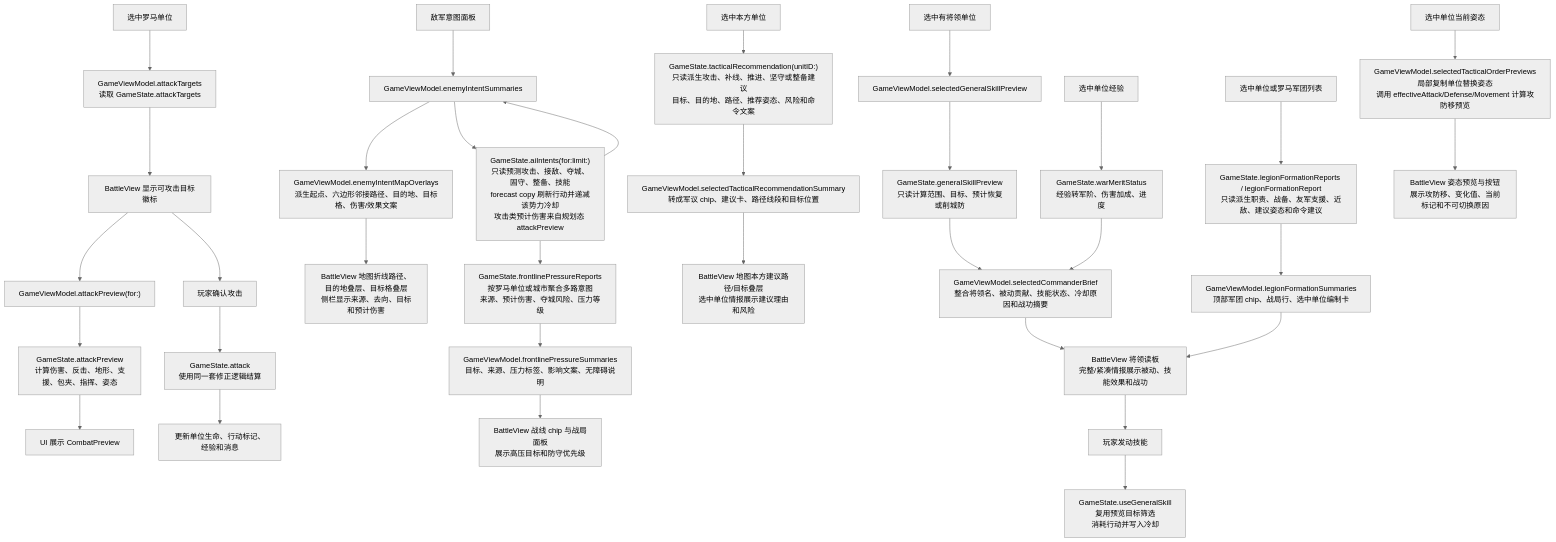
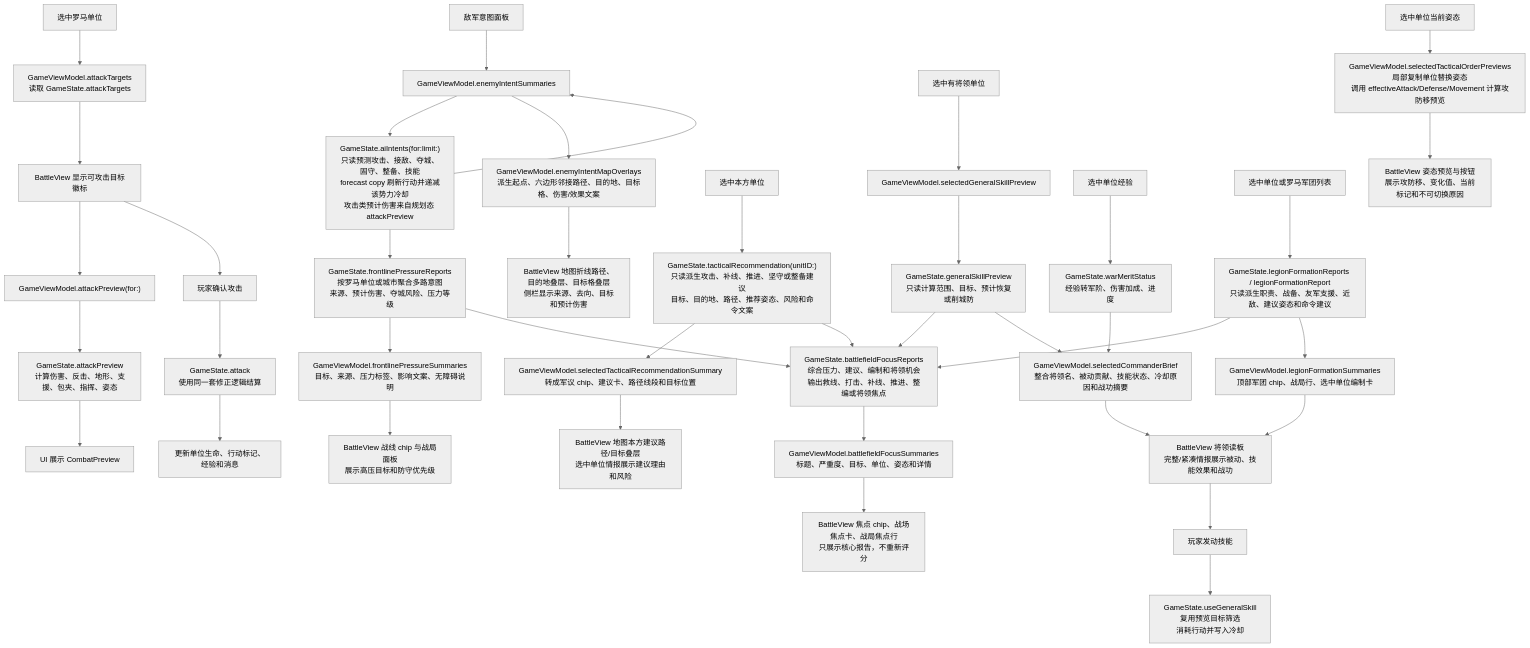
Before and after one commit to Altman-sam114/119: the third of 7 diagrams in md/flow/flowchart.md, drawn with Mermaid (neutral theme). The commit also changed other lines of this file and 13 other files, not shown here.

````diff
--- a/md/flow/flowchart.md
+++ b/md/flow/flowchart.md
@@ -44,41 +44,47 @@
 ```mermaid
 flowchart TD
     A["选中罗马单位"] --> B["GameViewModel.attackTargets<br/>读取 GameState.attackTargets"]
     B --> C["BattleView 显示可攻击目标徽标"]
     C --> D["GameViewModel.attackPreview(for:)"]
     D --> E["GameState.attackPreview<br/>计算伤害、反击、地形、支援、包夹、指挥、姿态"]
     E --> F["UI 展示 CombatPreview"]
     C --> G["玩家确认攻击"]
     G --> H["GameState.attack<br/>使用同一套修正逻辑结算"]
     H --> I["更新单位生命、行动标记、经验和消息"]
 
     J["敌军意图面板"] --> K["GameViewModel.enemyIntentSummaries"]
     K --> L["GameState.aiIntents(for:limit:)<br/>只读预测攻击、接敌、夺城、固守、整备、技能<br/>forecast copy 刷新行动并递减该势力冷却<br/>攻击类预计伤害来自规划态 attackPreview"]
     K --> M["GameViewModel.enemyIntentMapOverlays<br/>派生起点、六边形邻接路径、目的地、目标格、伤害/效果文案"]
     L --> K
     M --> W["BattleView 地图折线路径、目的地叠层、目标格叠层<br/>侧栏显示来源、去向、目标和预计伤害"]
     L --> AB["GameState.frontlinePressureReports<br/>按罗马单位或城市聚合多路意图<br/>来源、预计伤害、夺城风险、压力等级"]
     AB --> AC["GameViewModel.frontlinePressureSummaries<br/>目标、来源、压力标签、影响文案、无障碍说明"]
     AC --> AD["BattleView 战线 chip 与战局面板<br/>展示高压目标和防守优先级"]
 
     AH["选中本方单位"] --> AI["GameState.tacticalRecommendation(unitID:)<br/>只读派生攻击、补线、推进、坚守或整备建议<br/>目标、目的地、路径、推荐姿态、风险和命令文案"]
     AI --> AJ["GameViewModel.selectedTacticalRecommendationSummary<br/>转成军议 chip、建议卡、路径线段和目标位置"]
     AJ --> AK["BattleView 地图本方建议路径/目标叠层<br/>选中单位情报展示建议理由和风险"]
+    AI --> AL["GameState.battlefieldFocusReports<br/>综合压力、建议、编制和将领机会<br/>输出救线、打击、补线、推进、整编或将领焦点"]
+    AB --> AL
+    AF --> AL
+    P --> AL
+    AL --> AM["GameViewModel.battlefieldFocusSummaries<br/>标题、严重度、目标、单位、姿态和详情"]
+    AM --> AN["BattleView 焦点 chip、战场焦点卡、战局焦点行<br/>只展示核心报告，不重新评分"]
 
     N["选中有将领单位"] --> O["GameViewModel.selectedGeneralSkillPreview"]
     O --> P["GameState.generalSkillPreview<br/>只读计算范围、目标、预计恢复或削城防"]
     P --> Q["GameViewModel.selectedCommanderBrief<br/>整合将领名、被动贡献、技能状态、冷却原因和战功摘要"]
     Q --> X["BattleView 将领读板<br/>完整/紧凑情报展示被动、技能效果和战功"]
     X --> R["玩家发动技能"]
     R --> S["GameState.useGeneralSkill<br/>复用预览目标筛选<br/>消耗行动并写入冷却"]
 
     T["选中单位经验"] --> U["GameState.warMeritStatus<br/>经验转军阶、伤害加成、进度"]
     U --> Q
 
     AE["选中单位或罗马军团列表"] --> AF["GameState.legionFormationReports / legionFormationReport<br/>只读派生职责、战备、友军支援、近敌、建议姿态和命令建议"]
     AF --> AG["GameViewModel.legionFormationSummaries<br/>顶部军团 chip、战局行、选中单位编制卡"]
     AG --> X
 
     Y["选中单位当前姿态"] --> Z["GameViewModel.selectedTacticalOrderPreviews<br/>局部复制单位替换姿态<br/>调用 effectiveAttack/Defense/Movement 计算攻防移预览"]
     Z --> AA["BattleView 姿态预览与按钮<br/>展示攻防移、变化值、当前标记和不可切换原因"]
 ```
````
